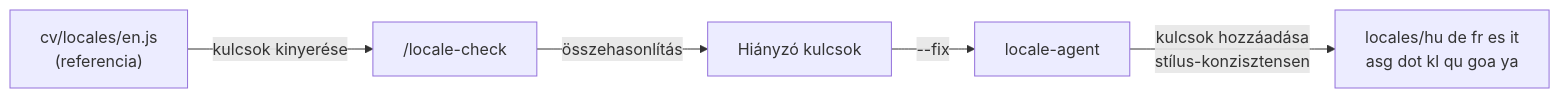
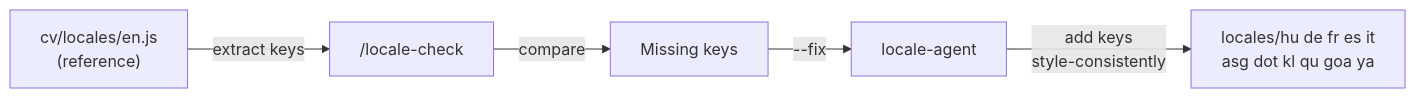
One commit to exphoenee/CV changed the fourth of 5 diagrams in devdocs/ai-workflow.md. Above: the diagram before and after it, drawn with Mermaid. The commit also changed other lines of this file and 11 other files, not shown here.

````diff
--- a/devdocs/ai-workflow.md
+++ b/devdocs/ai-workflow.md
@@ -425,13 +430,13 @@
 ```mermaid
 flowchart LR
-    EN["cv/locales/en.js\n(referencia)"]
+    EN["cv/locales/en.js\n(reference)"]
     LC["/locale-check"]
     LA["locale-agent"]
-    MISSING["Hiányzó kulcsok"]
+    MISSING["Missing keys"]
     FILES["locales/hu de fr es it\nasg dot kl qu goa ya"]
 
-    EN -->|"kulcsok kinyerése"| LC
-    LC -->|"összehasonlítás"| MISSING
+    EN -->|"extract keys"| LC
+    LC -->|"compare"| MISSING
     MISSING -->|"--fix"| LA
-    LA -->|"kulcsok hozzáadása\nstílus-konzisztensen"| FILES
+    LA -->|"add keys\nstyle-consistently"| FILES
 ```
````
